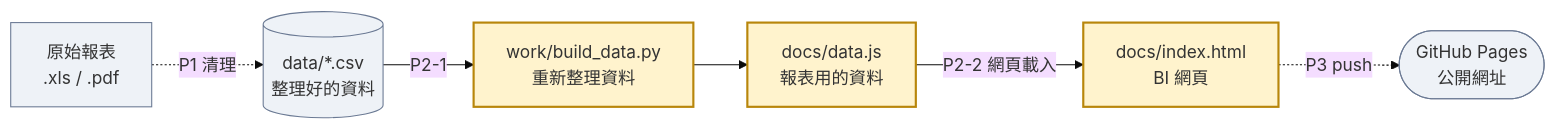
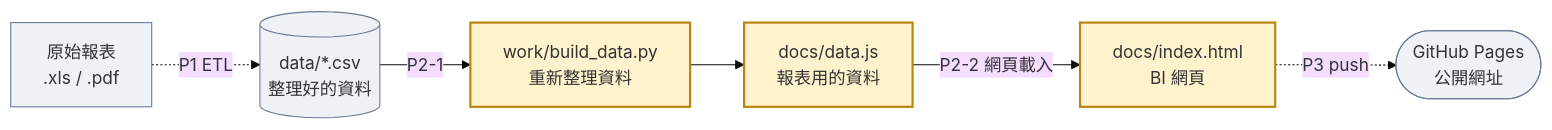
One commit to samsonchen/ndhu-bi changed the diagram in prompts/P2-做出BI網頁.md. Above: the diagram before and after it, drawn with Mermaid (base theme). The commit also changed 4 other files, not shown here.

````diff
--- a/prompts/P2-做出BI網頁.md
+++ b/prompts/P2-做出BI網頁.md
@@ -9,19 +9,19 @@
 ```mermaid
 flowchart LR
     raw["原始報表<br/>.xls / .pdf"]
     std[("data/*.csv<br/>整理好的資料")]
     build["work/build_data.py<br/>重新整理資料"]
     js["docs/data.js<br/>報表用的資料"]
     html["docs/index.html<br/>BI 網頁"]
     pages(["GitHub Pages<br/>公開網址"])
 
-    raw -.->|"P1 清理"| std
+    raw -.->|"P1 ETL"| std
     std -->|"P2-1"| build --> js
     js -->|"P2-2 網頁載入"| html
     html -.->|"P3 push"| pages
 
     classDef now fill:#fff3cd,stroke:#b8860b,stroke-width:2px,color:#333
     classDef ref fill:#eef2f7,stroke:#6b7a94,color:#333
     class build,js,html now
     class raw,std,pages ref
 ```
````
